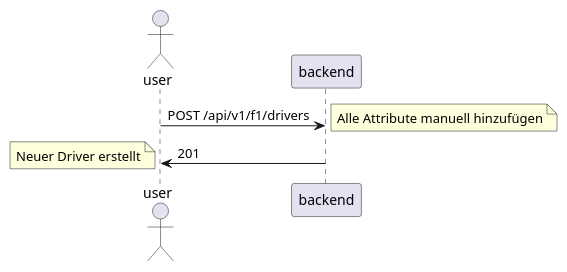
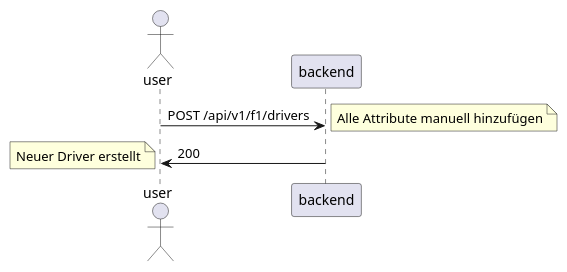
Before and after one commit to Noeell/openapiproject: the third of 5 diagrams in Formel1.adoc, drawn with PlantUML. The commit also changed other lines of this file, not shown here.

```diff
--- a/Formel1.adoc
+++ b/Formel1.adoc
@@ -106,14 +106,14 @@
 [plantuml]
 ----
 @startuml
 
 actor user
 
 user -> backend : POST /api/v1/f1/drivers
 note right: Alle Attribute manuell hinzufügen
-backend -> user : 201
+backend -> user : 200
 note left: Neuer Driver erstellt
 
 
 @enduml
 ----
```
